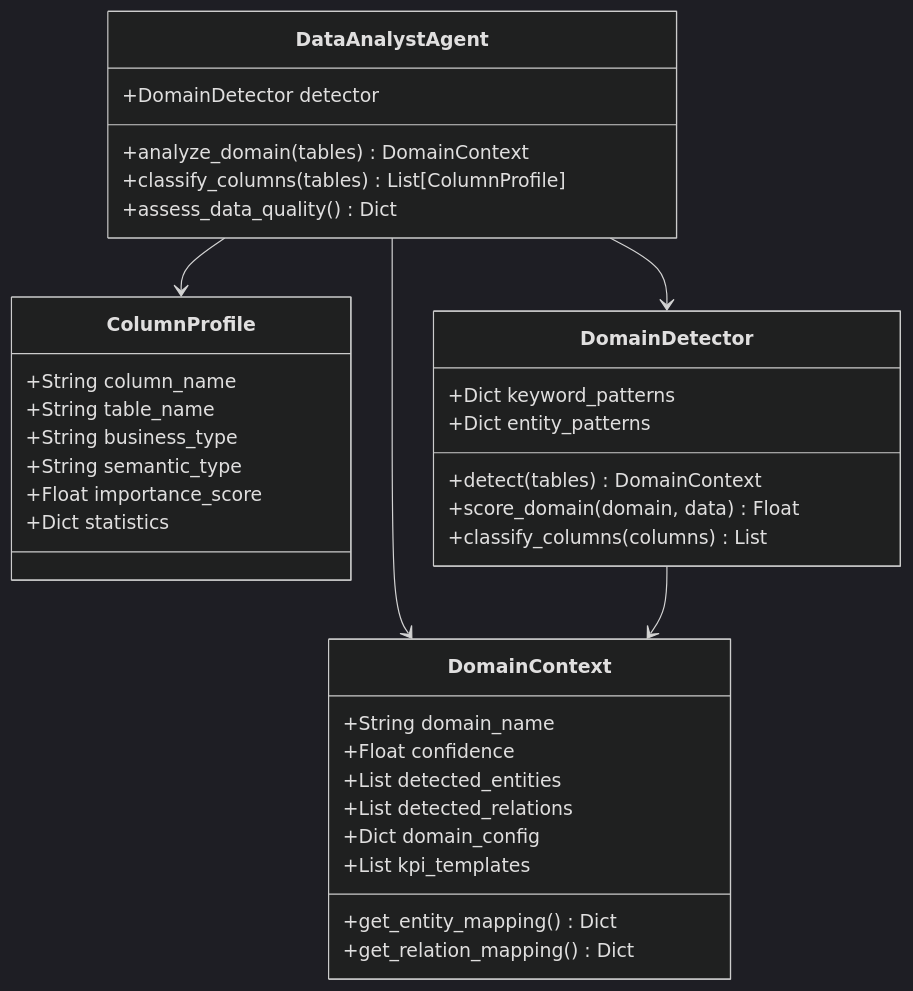
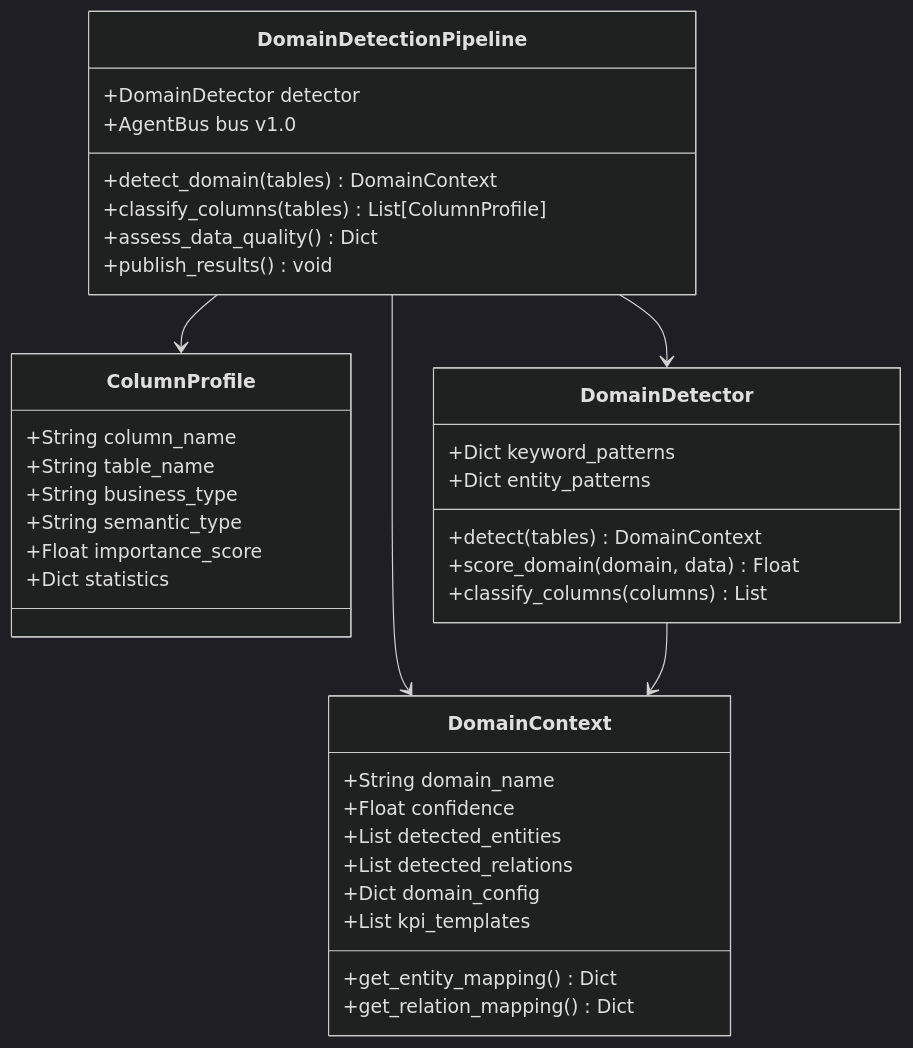
One commit to sabill123/ontology changed the tenth of 11 diagrams in docs/diagrams/08-domain-detection.md. Above: the diagram before and after it, drawn with Mermaid (dark theme). The commit also changed other lines of this file and 176 other files, not shown here.

````diff
--- a/docs/diagrams/08-domain-detection.md
+++ b/docs/diagrams/08-domain-detection.md
@@ -389,42 +416,44 @@
 ```mermaid
 classDiagram
     class DomainContext {
         +String domain_name
         +Float confidence
         +List detected_entities
         +List detected_relations
         +Dict domain_config
         +List kpi_templates
         +get_entity_mapping() Dict
         +get_relation_mapping() Dict
     }
 
     class ColumnProfile {
         +String column_name
         +String table_name
         +String business_type
         +String semantic_type
         +Float importance_score
         +Dict statistics
     }
 
     class DomainDetector {
         +Dict keyword_patterns
         +Dict entity_patterns
         +detect(tables) DomainContext
         +score_domain(domain, data) Float
         +classify_columns(columns) List
     }
 
-    class DataAnalystAgent {
+    class DomainDetectionPipeline {
         +DomainDetector detector
-        +analyze_domain(tables) DomainContext
+        +AgentBus bus v1.0
+        +detect_domain(tables) DomainContext
         +classify_columns(tables) List[ColumnProfile]
         +assess_data_quality() Dict
+        +publish_results() void
     }
 
-    DataAnalystAgent --> DomainDetector
-    DataAnalystAgent --> DomainContext
-    DataAnalystAgent --> ColumnProfile
+    DomainDetectionPipeline --> DomainDetector
+    DomainDetectionPipeline --> DomainContext
+    DomainDetectionPipeline --> ColumnProfile
     DomainDetector --> DomainContext
 ```
````
